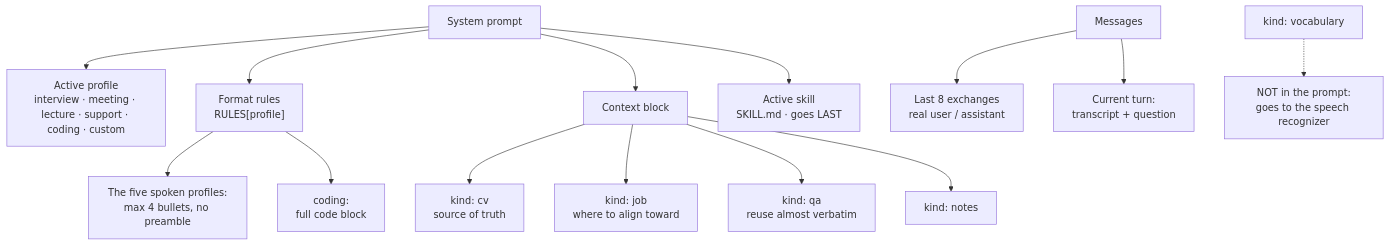
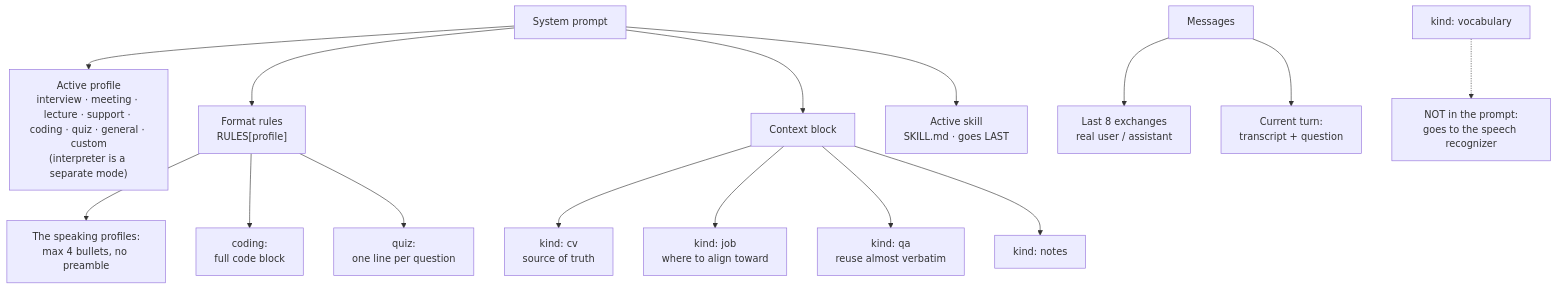
The fifth of 7 diagrams in ARCHITECTURE.md (cflarios/Tayori), drawn with Mermaid before and after one commit. The commit also changed other lines of this file and 3 other files, not shown here.

````diff
--- a/ARCHITECTURE.md
+++ b/ARCHITECTURE.md
@@ -218,21 +218,22 @@
 ```mermaid
 flowchart TB
     SYS["System prompt"]
-    SYS --> P["Active profile<br/>interview · meeting · lecture · support · coding · custom"]
+    SYS --> P["Active profile<br/>interview · meeting · lecture · support · coding · quiz · general · custom<br/>(interpreter is a separate mode)"]
     SYS --> R["Format rules<br/>RULES[profile]"]
-    R --> RA["The five spoken profiles:<br/>max 4 bullets, no preamble"]
+    R --> RA["The speaking profiles:<br/>max 4 bullets, no preamble"]
     R --> RB["coding:<br/>full code block"]
+    R --> RC["quiz:<br/>one line per question"]
     SYS --> CTX["Context block"]
 
     CTX --> CV["kind: cv<br/>source of truth"]
     CTX --> JOB["kind: job<br/>where to align toward"]
     CTX --> QA["kind: qa<br/>reuse almost verbatim"]
     CTX --> NOTES["kind: notes"]
 
     SYS --> SKILL["Active skill<br/>SKILL.md · goes LAST"]
 
     MSG["Messages"] --> HIST["Last 8 exchanges<br/>real user / assistant"]
     MSG --> NOW["Current turn:<br/>transcript + question"]
 
     VOC["kind: vocabulary"] -.-> ASR["NOT in the prompt:<br/>goes to the speech recognizer"]
 ```
````
